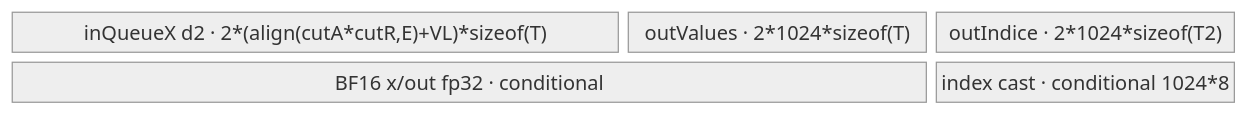
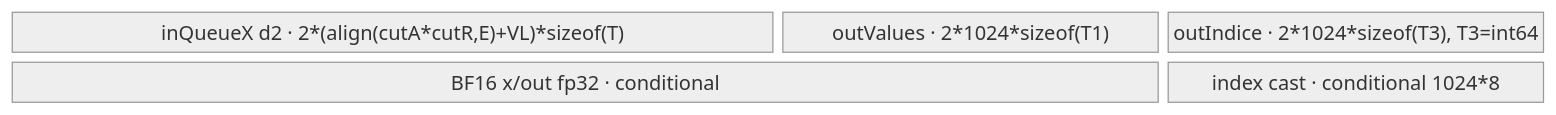
One commit to Atlas-Ascend-Fork/cannbot-knowledge changed the first of 8 diagrams in knowledge/ops/ascendc/operators/direct/math/math/arg_max_950.md. Above: the diagram before and after it, drawn with Mermaid (neutral theme). The commit also changed other lines of this file and 54 other files, not shown here.

````diff
--- a/knowledge/ops/ascendc/operators/direct/math/math/arg_max_950.md
+++ b/knowledge/ops/ascendc/operators/direct/math/math/arg_max_950.md
@@ -280,9 +287,9 @@
 ```mermaid
 block-beta
   columns 4
   inQ["inQueueX d2 · 2*(align(cutA*cutR,E)+VL)*sizeof(T)"]:2
-  val["outValues · 2*1024*sizeof(T)"]:1
-  idx["outIndice · 2*1024*sizeof(T2)"]:1
+  val["outValues · 2*1024*sizeof(T1)"]:1
+  idx["outIndice · 2*1024*sizeof(T3), T3=int64"]:1
   bf["BF16 x/out fp32 · conditional"]:3
   cast["index cast · conditional 1024*8"]:1
 ```
````
